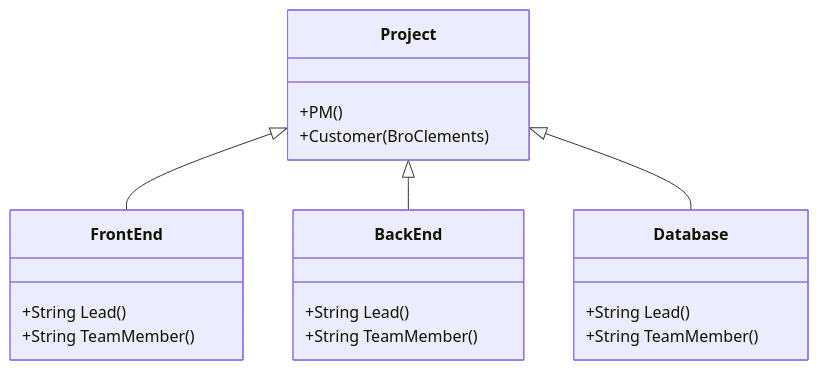
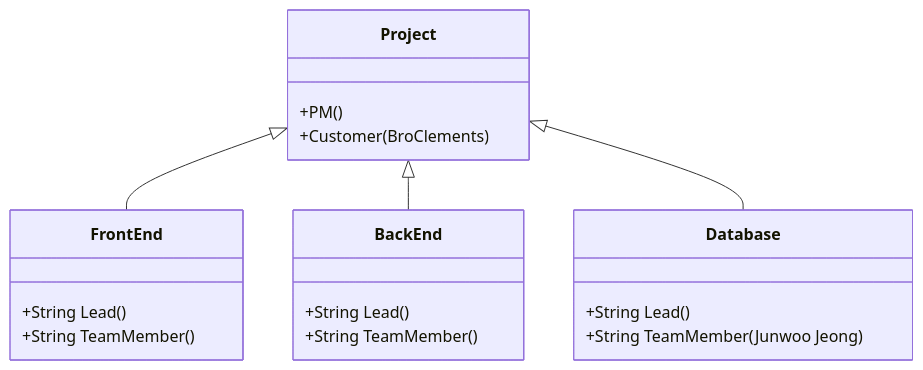
One commit to anrj2/2024SprCSE397PCP changed the second of 2 diagrams in project/org/OrganizationChart.md. Above: the diagram before and after it, drawn with Mermaid. The commit also changed other lines of this file, not shown here.

````diff
--- a/project/org/OrganizationChart.md
+++ b/project/org/OrganizationChart.md
@@ -26,22 +29,22 @@
 ```mermaid
 classDiagram
       Project <|-- FrontEnd
       Project <|-- BackEnd
       Project <|-- Database
       Project : +PM()
       Project : +Customer(BroClements)
       class FrontEnd{
           +String Lead()
           +String TeamMember()
 
       }
       class BackEnd{
           +String Lead()
           +String TeamMember()
 
       }
       class Database{
           +String Lead()
-          +String TeamMember()
+          +String TeamMember(Junwoo Jeong)
       }
 ```
````
